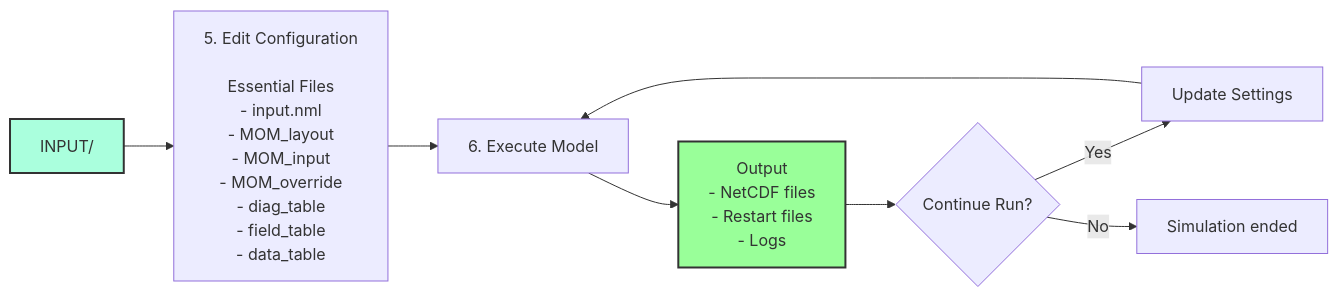
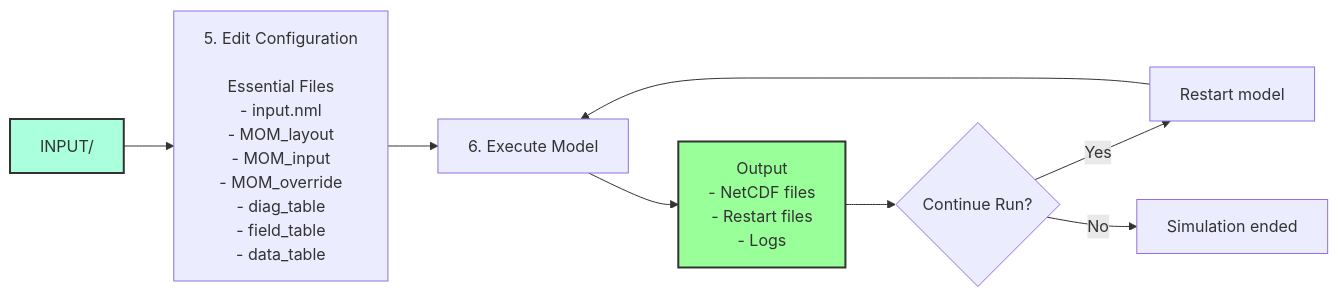
The second of 2 diagrams in exps/NEUS25.COBALT/README2.md (dksasaki/MOM6_COBALT_NEUS25), drawn with Mermaid before and after one commit.

````diff
--- a/exps/NEUS25.COBALT/README2.md
+++ b/exps/NEUS25.COBALT/README2.md
@@ -36,15 +36,15 @@
 ```mermaid
 flowchart LR
     A[INPUT/] --> B[5. Edit Configuration <br/> <br/> Essential Files<br/>- input.nml<br/>- MOM_layout<br/>- MOM_input<br/>- MOM_override<br/>- diag_table<br/>- field_table<br/>- data_table]
     
     B --> D[6. Execute Model]
     D --> E[Output<br/>- NetCDF files<br/>- Restart files<br/>- Logs]
     
     E --> F{Continue Run?}
-    F -->|Yes| G[Update Settings]
+    F -->|Yes| G[Restart model]
     G --> D
     F -->|No| H[Simulation ended]
     
     style A fill:#afd,stroke:#333,stroke-width:2px
     style E fill:#9f9,stroke:#333,stroke-width:2px
 ```
````
